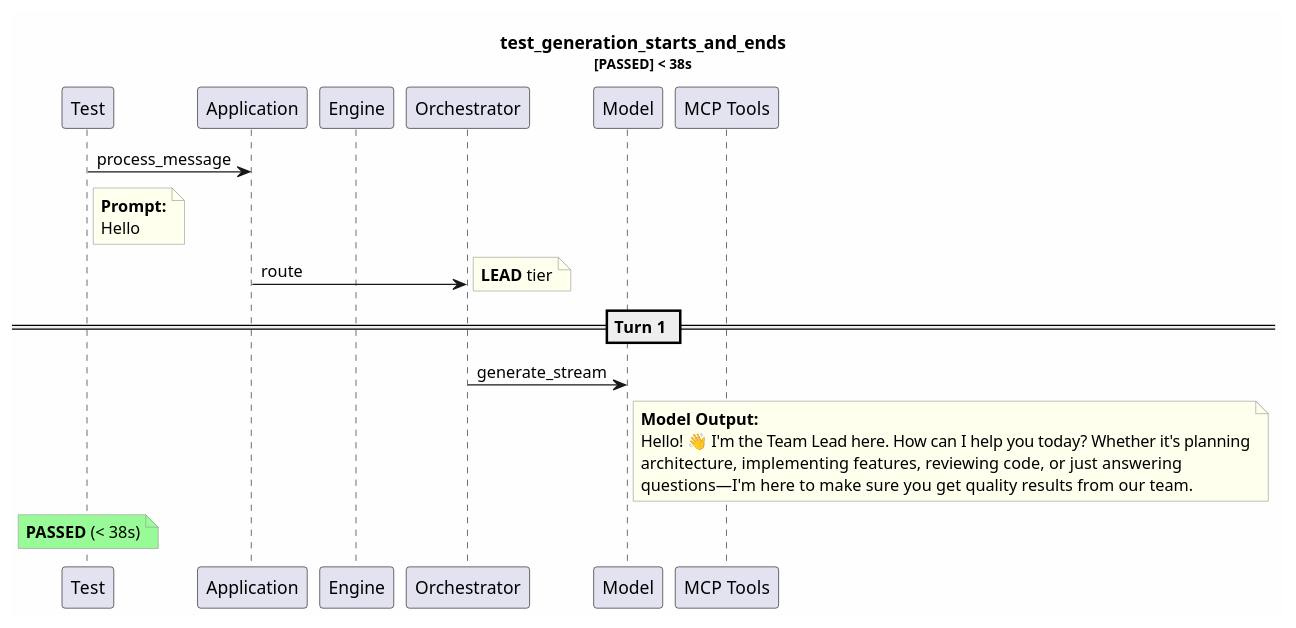
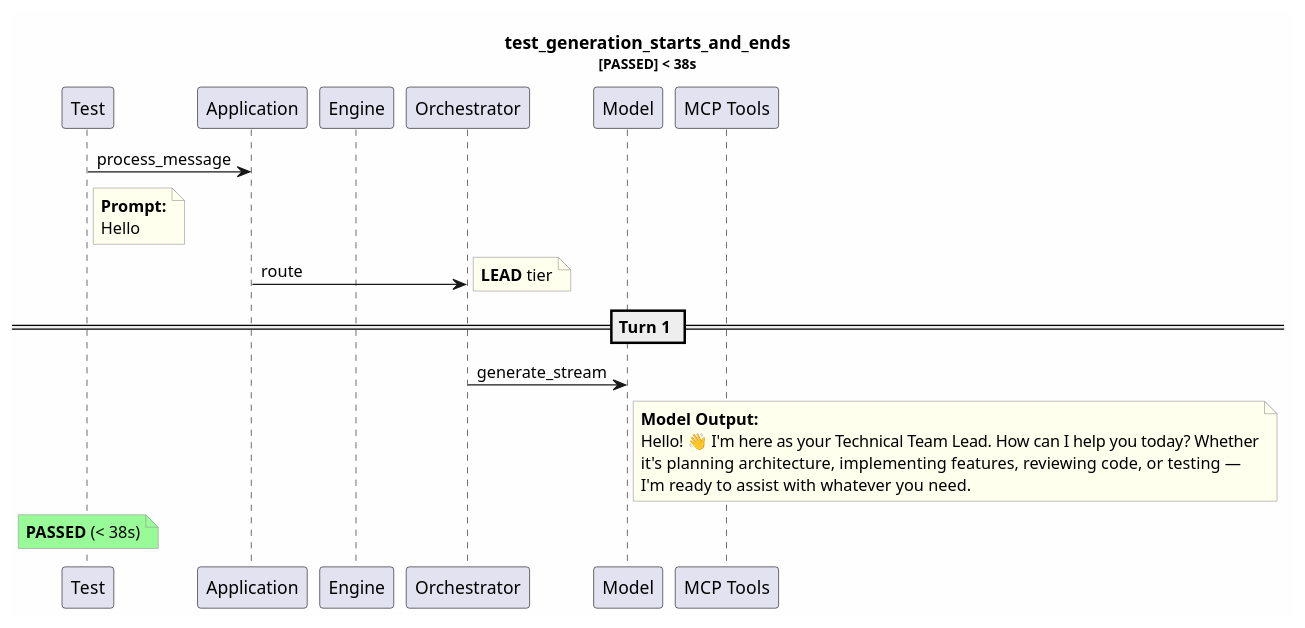
One commit to tvanfossen/entropic changed the diagram in test-reports/logs/test_generation_starts_and_ends/test_generation_starts_and_ends.puml. Above: the diagram before and after it, drawn with PlantUML. The commit also changed 18 other files, not shown here.

```diff
--- a/test-reports/logs/test_generation_starts_and_ends/test_generation_starts_and_ends.puml
+++ b/test-reports/logs/test_generation_starts_and_ends/test_generation_starts_and_ends.puml
@@ -1,33 +1,33 @@
 @startuml
 skinparam backgroundColor #FEFEFE
 skinparam noteBorderColor #999999
 skinparam noteBackgroundColor #FFFFEE
 title test_generation_starts_and_ends\n<size:11>[PASSED] < 38s</size>
 
 participant "Test" as T
 participant "Application" as App
 participant "Engine" as Eng
 participant "Orchestrator" as Orch
 participant "Model" as Mdl
 participant "MCP Tools" as MCP
 
 T -> App: process_message
 note right of T
   **Prompt:**
   Hello
 end note
 App -> Orch: route
 note right: **LEAD** tier
 == Turn 1 ==
 Orch -> Mdl: generate_stream
 note right of Mdl
   **Model Output:**
-  Hello! 👋 I'm the Team Lead here. How can I help you today? Whether it's planning
-  architecture, implementing features, reviewing code, or just answering 
-  questions—I'm here to make sure you get quality results from our team.
+  Hello! 👋 I'm here as your Technical Team Lead. How can I help you today? Whether
+  it's planning architecture, implementing features, reviewing code, or testing — 
+  I'm ready to assist with whatever you need.
 end note
 note over T #palegreen
   **PASSED** (< 38s)
 end note
 
 @enduml
```
